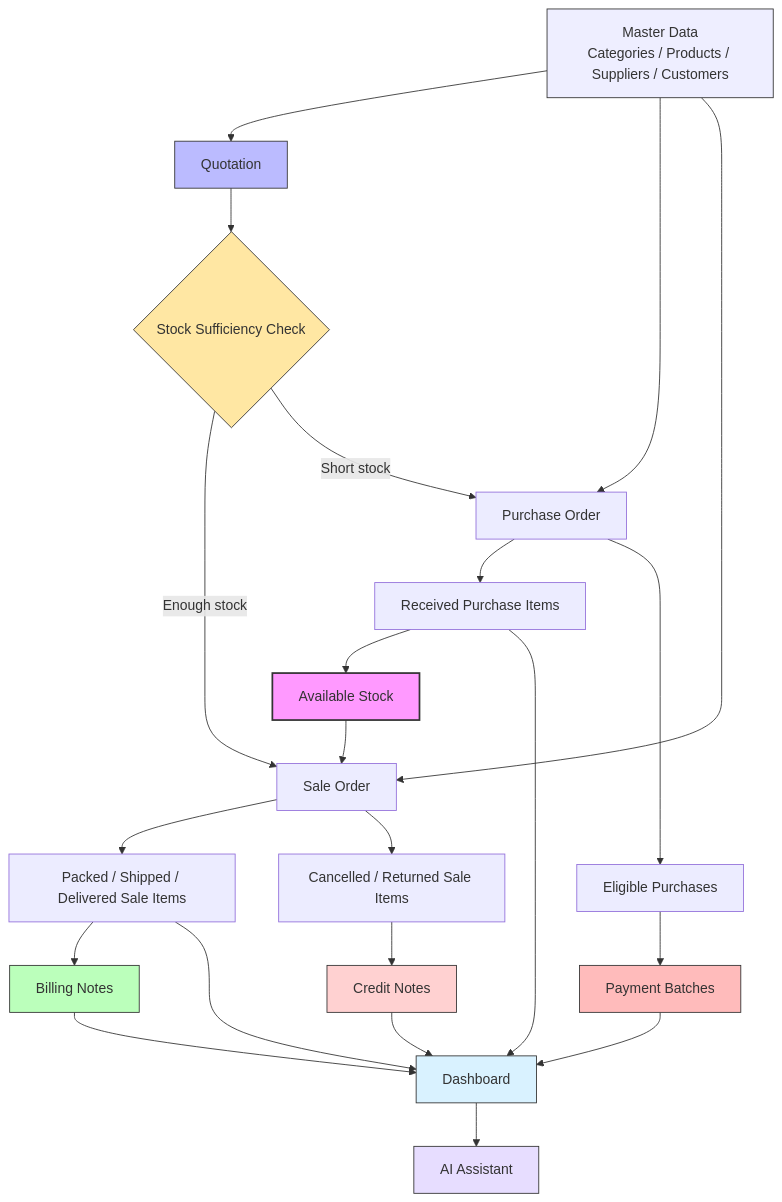
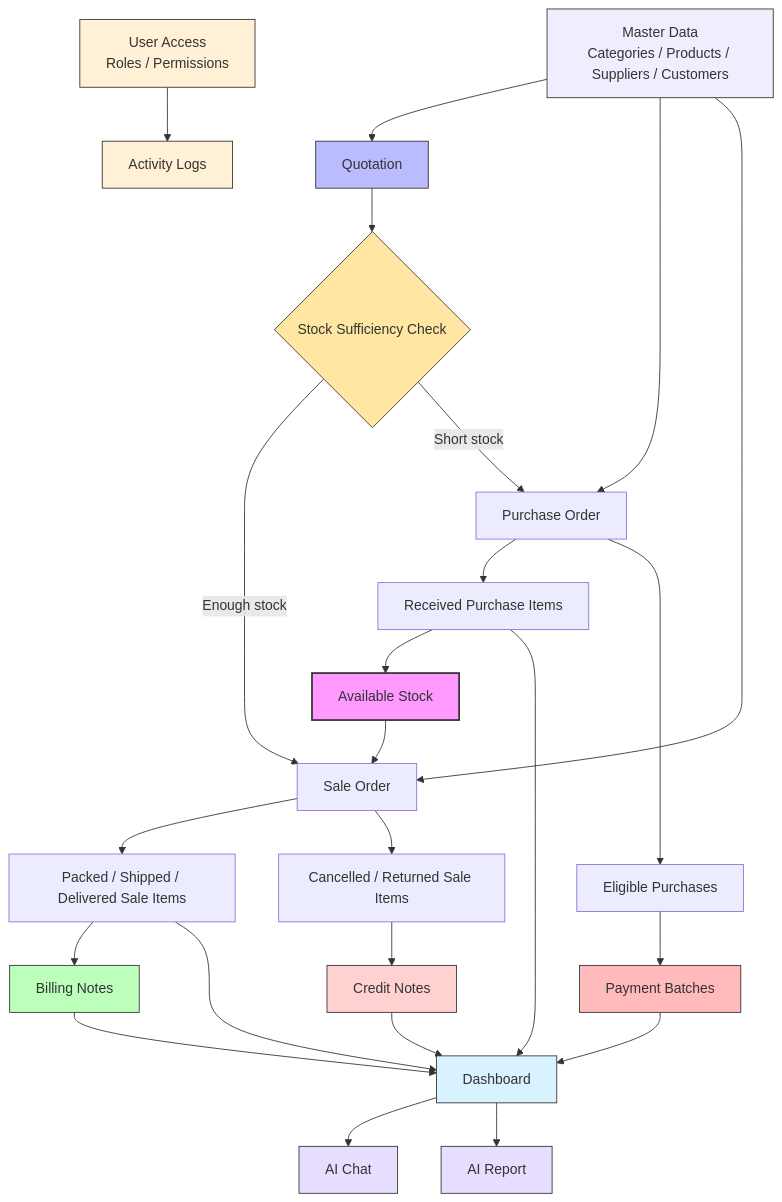
One commit to Pannawish/Bridge-Inventory changed the diagram in README.md. Above: the diagram before and after it, drawn with Mermaid. The commit also changed other lines of this file and 14 other files, not shown here.

````diff
--- a/README.md
+++ b/README.md
@@ -50,40 +52,45 @@
 ```mermaid
 graph TD
     A[Master Data<br/>Categories / Products / Suppliers / Customers] --> B[Quotation]
     A --> D[Purchase Order]
     A --> G[Sale Order]
 
     B --> C{Stock Sufficiency Check}
     C -->|Enough stock| G
     C -->|Short stock| D
 
     D --> E[Received Purchase Items]
     E --> F[Available Stock]
     F --> G
 
     G --> H[Packed / Shipped / Delivered Sale Items]
     H --> I[Billing Notes]
 
     D --> J[Eligible Purchases]
     J --> K[Payment Batches]
 
     G --> L[Cancelled / Returned Sale Items]
     L --> M[Credit Notes]
 
     E --> N[Dashboard]
     H --> N
     I --> N
     K --> N
     M --> N
-    N --> O[AI Assistant]
+    N --> O[AI Chat]
+    N --> P[AI Report]
+    Q[User Access<br/>Roles / Permissions] --> R[Activity Logs]
 
     style A fill:#eef,stroke:#333,stroke-width:1px
     style B fill:#bbf,stroke:#333,stroke-width:1px
     style C fill:#ffe7a3,stroke:#333,stroke-width:1px
     style F fill:#f9f,stroke:#333,stroke-width:2px
     style I fill:#bfb,stroke:#333,stroke-width:1px
     style K fill:#fbb,stroke:#333,stroke-width:1px
     style M fill:#ffd1d1,stroke:#333,stroke-width:1px
     style N fill:#d9f2ff,stroke:#333,stroke-width:1px
     style O fill:#e7ddff,stroke:#333,stroke-width:1px
+    style P fill:#e7ddff,stroke:#333,stroke-width:1px
+    style Q fill:#fff0d6,stroke:#333,stroke-width:1px
+    style R fill:#fff0d6,stroke:#333,stroke-width:1px
 ```
````
